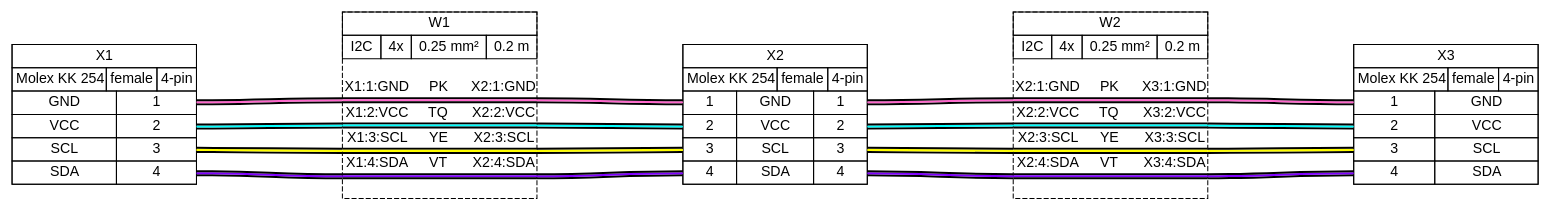
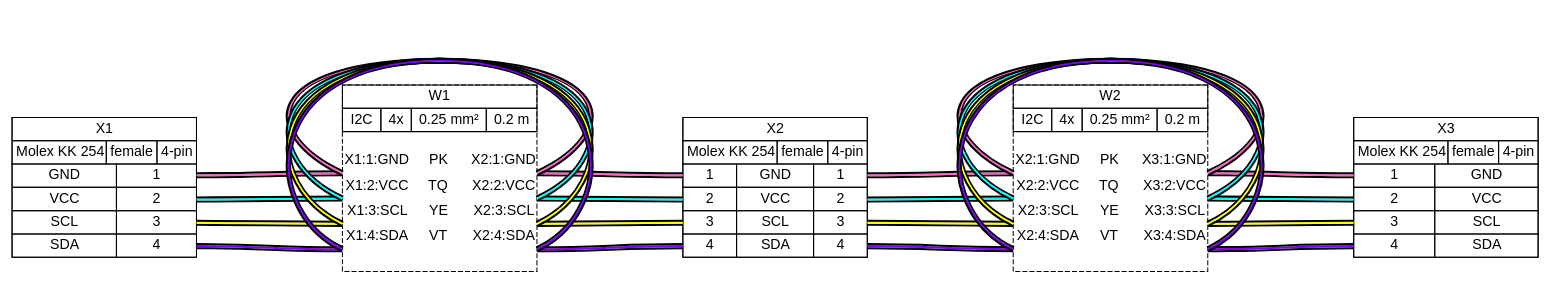
Before and after one commit to wireviz/WireViz: the diagram in examples/ex05.gv, drawn with Graphviz. The commit also changed 104 other files, not shown here.

```diff
--- a/examples/ex05.gv
+++ b/examples/ex05.gv
@@ -1,9 +1,10 @@
 graph {
-// Graph generated by WireViz 0.4
+// Graph generated by WireViz 0.5-dev
 // https://github.com/formatc1702/WireViz
 	graph [bgcolor="#FFFFFF" fontname=arial nodesep=0.33 rankdir=LR ranksep=2]
 	node [fillcolor="#FFFFFF" fontname=arial height=0 margin=0 shape=none style=filled width=0]
 	edge [fontname=arial style=bold]
+	edge [headclip=true style=bold tailclip=true]
 	X1 [label=<
 <table border="0" cellspacing="0" cellpadding="0">
  <tr><td>
@@ -40,6 +41,7 @@
  </td></tr>
 </table>
 > fillcolor="#FFFFFF" shape=box style=filled]
+	edge [headclip=true style=bold tailclip=true]
 	X2 [label=<
 <table border="0" cellspacing="0" cellpadding="0">
  <tr><td>
@@ -80,6 +82,7 @@
  </td></tr>
 </table>
 > fillcolor="#FFFFFF" shape=box style=filled]
+	edge [headclip=true style=bold tailclip=true]
 	X3 [label=<
 <table border="0" cellspacing="0" cellpadding="0">
  <tr><td>
@@ -119,15 +122,19 @@
 	edge [color="#000000:#ff66cc:#000000"]
 	X1:p1r:e -- W1:w1:w
 	W1:w1:e -- X2:p1l:w
+	W1:w1:w -- W1:w1:e [straight=straight]
 	edge [color="#000000:#00ffff:#000000"]
 	X1:p2r:e -- W1:w2:w
 	W1:w2:e -- X2:p2l:w
+	W1:w2:w -- W1:w2:e [straight=straight]
 	edge [color="#000000:#ffff00:#000000"]
 	X1:p3r:e -- W1:w3:w
 	W1:w3:e -- X2:p3l:w
+	W1:w3:w -- W1:w3:e [straight=straight]
 	edge [color="#000000:#8000ff:#000000"]
 	X1:p4r:e -- W1:w4:w
 	W1:w4:e -- X2:p4l:w
+	W1:w4:w -- W1:w4:e [straight=straight]
 	W1 [label=<
 <table border="0" cellspacing="0" cellpadding="0">
  <tr><td>
@@ -156,9 +163,7 @@
    <tr>
     <td colspan="3" border="0" cellspacing="0" cellpadding="0" port="w1" height="6">
      <table cellspacing="0" cellborder="0" border="0">
-      <tr><td colspan="3" cellpadding="0" height="2" bgcolor="#000000" border="0"></td></tr>
-      <tr><td colspan="3" cellpadding="0" height="2" bgcolor="#ff66cc" border="0"></td></tr>
-      <tr><td colspan="3" cellpadding="0" height="2" bgcolor="#000000" border="0"></td></tr>
+    <tr><td colspan="3" cellpadding="0" height="6" border="0"></td></tr>
      </table>
     </td>
    </tr>
@@ -172,9 +177,7 @@
    <tr>
     <td colspan="3" border="0" cellspacing="0" cellpadding="0" port="w2" height="6">
      <table cellspacing="0" cellborder="0" border="0">
-      <tr><td colspan="3" cellpadding="0" height="2" bgcolor="#000000" border="0"></td></tr>
-      <tr><td colspan="3" cellpadding="0" height="2" bgcolor="#00ffff" border="0"></td></tr>
-      <tr><td colspan="3" cellpadding="0" height="2" bgcolor="#000000" border="0"></td></tr>
+    <tr><td colspan="3" cellpadding="0" height="6" border="0"></td></tr>
      </table>
     </td>
    </tr>
@@ -188,9 +191,7 @@
    <tr>
     <td colspan="3" border="0" cellspacing="0" cellpadding="0" port="w3" height="6">
      <table cellspacing="0" cellborder="0" border="0">
-      <tr><td colspan="3" cellpadding="0" height="2" bgcolor="#000000" border="0"></td></tr>
-      <tr><td colspan="3" cellpadding="0" height="2" bgcolor="#ffff00" border="0"></td></tr>
-      <tr><td colspan="3" cellpadding="0" height="2" bgcolor="#000000" border="0"></td></tr>
+    <tr><td colspan="3" cellpadding="0" height="6" border="0"></td></tr>
      </table>
     </td>
    </tr>
@@ -204,9 +205,7 @@
    <tr>
     <td colspan="3" border="0" cellspacing="0" cellpadding="0" port="w4" height="6">
      <table cellspacing="0" cellborder="0" border="0">
-      <tr><td colspan="3" cellpadding="0" height="2" bgcolor="#000000" border="0"></td></tr>
-      <tr><td colspan="3" cellpadding="0" height="2" bgcolor="#8000ff" border="0"></td></tr>
-      <tr><td colspan="3" cellpadding="0" height="2" bgcolor="#000000" border="0"></td></tr>
+    <tr><td colspan="3" cellpadding="0" height="6" border="0"></td></tr>
      </table>
     </td>
    </tr>
@@ -218,15 +217,19 @@
 	edge [color="#000000:#ff66cc:#000000"]
 	X2:p1r:e -- W2:w1:w
 	W2:w1:e -- X3:p1l:w
+	W2:w1:w -- W2:w1:e [straight=straight]
 	edge [color="#000000:#00ffff:#000000"]
 	X2:p2r:e -- W2:w2:w
 	W2:w2:e -- X3:p2l:w
+	W2:w2:w -- W2:w2:e [straight=straight]
 	edge [color="#000000:#ffff00:#000000"]
 	X2:p3r:e -- W2:w3:w
 	W2:w3:e -- X3:p3l:w
+	W2:w3:w -- W2:w3:e [straight=straight]
 	edge [color="#000000:#8000ff:#000000"]
 	X2:p4r:e -- W2:w4:w
 	W2:w4:e -- X3:p4l:w
+	W2:w4:w -- W2:w4:e [straight=straight]
 	W2 [label=<
 <table border="0" cellspacing="0" cellpadding="0">
  <tr><td>
@@ -255,9 +258,7 @@
    <tr>
     <td colspan="3" border="0" cellspacing="0" cellpadding="0" port="w1" height="6">
      <table cellspacing="0" cellborder="0" border="0">
-      <tr><td colspan="3" cellpadding="0" height="2" bgcolor="#000000" border="0"></td></tr>
-      <tr><td colspan="3" cellpadding="0" height="2" bgcolor="#ff66cc" border="0"></td></tr>
-      <tr><td colspan="3" cellpadding="0" height="2" bgcolor="#000000" border="0"></td></tr>
+    <tr><td colspan="3" cellpadding="0" height="6" border="0"></td></tr>
      </table>
     </td>
    </tr>
@@ -271,9 +272,7 @@
    <tr>
     <td colspan="3" border="0" cellspacing="0" cellpadding="0" port="w2" height="6">
      <table cellspacing="0" cellborder="0" border="0">
-      <tr><td colspan="3" cellpadding="0" height="2" bgcolor="#000000" border="0"></td></tr>
-      <tr><td colspan="3" cellpadding="0" height="2" bgcolor="#00ffff" border="0"></td></tr>
-      <tr><td colspan="3" cellpadding="0" height="2" bgcolor="#000000" border="0"></td></tr>
+    <tr><td colspan="3" cellpadding="0" height="6" border="0"></td></tr>
      </table>
     </td>
    </tr>
@@ -287,9 +286,7 @@
    <tr>
     <td colspan="3" border="0" cellspacing="0" cellpadding="0" port="w3" height="6">
      <table cellspacing="0" cellborder="0" border="0">
-      <tr><td colspan="3" cellpadding="0" height="2" bgcolor="#000000" border="0"></td></tr>
-      <tr><td colspan="3" cellpadding="0" height="2" bgcolor="#ffff00" border="0"></td></tr>
-      <tr><td colspan="3" cellpadding="0" height="2" bgcolor="#000000" border="0"></td></tr>
+    <tr><td colspan="3" cellpadding="0" height="6" border="0"></td></tr>
      </table>
     </td>
    </tr>
@@ -303,9 +300,7 @@
    <tr>
     <td colspan="3" border="0" cellspacing="0" cellpadding="0" port="w4" height="6">
      <table cellspacing="0" cellborder="0" border="0">
-      <tr><td colspan="3" cellpadding="0" height="2" bgcolor="#000000" border="0"></td></tr>
-      <tr><td colspan="3" cellpadding="0" height="2" bgcolor="#8000ff" border="0"></td></tr>
-      <tr><td colspan="3" cellpadding="0" height="2" bgcolor="#000000" border="0"></td></tr>
+    <tr><td colspan="3" cellpadding="0" height="6" border="0"></td></tr>
      </table>
     </td>
    </tr>
```
